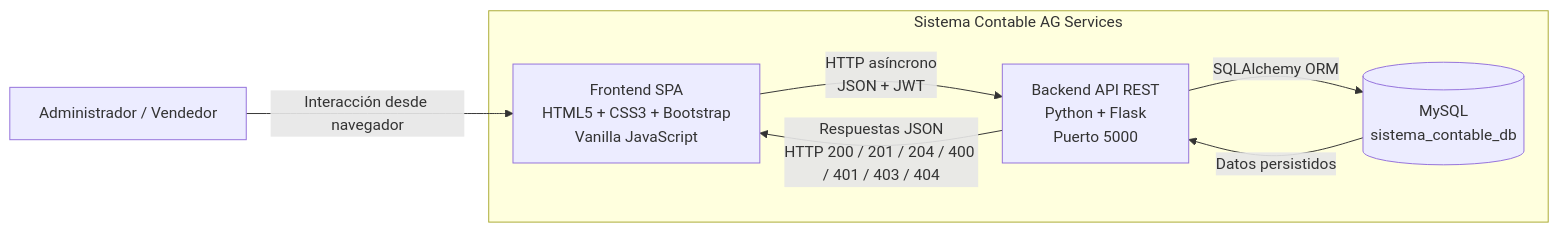
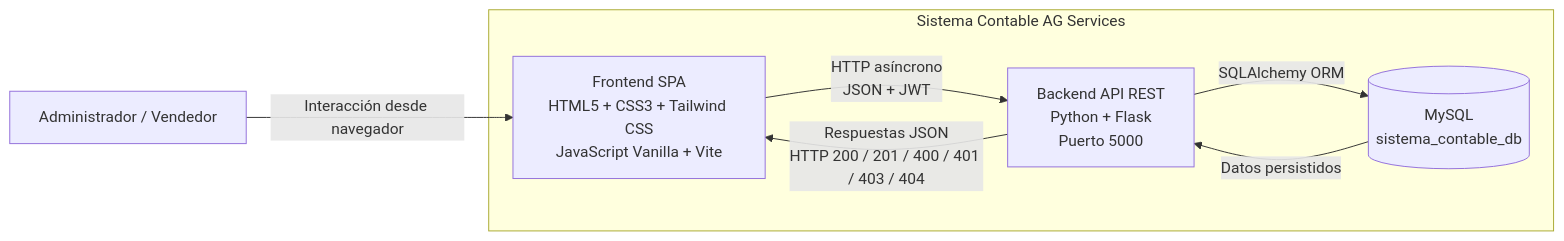
The diagram in documentacion/diagramas/02-c4-contenedores.mmd (jeinzanderson-lang/proyecto-finanzas), drawn with Mermaid before and after one commit. The commit also changed 16 other files, not shown here.

```diff
--- a/documentacion/diagramas/02-c4-contenedores.mmd
+++ b/documentacion/diagramas/02-c4-contenedores.mmd
@@ -1,18 +1,14 @@
 flowchart LR
     USER["Administrador / Vendedor"]
 
     subgraph SC["Sistema Contable AG Services"]
-        FRONT["Frontend SPA<br/>HTML5 + CSS3 + Bootstrap<br/>Vanilla JavaScript"]
+        FRONT["Frontend SPA<br/>HTML5 + CSS3 + Tailwind CSS<br/>JavaScript Vanilla + Vite"]
         API["Backend API REST<br/>Python + Flask<br/>Puerto 5000"]
         DB[("MySQL<br/>sistema_contable_db")]
     end
 
     USER -->|"Interacción desde navegador"| FRONT
-
     FRONT -->|"HTTP asíncrono<br/>JSON + JWT"| API
-
     API -->|"SQLAlchemy ORM"| DB
-
     DB -->|"Datos persistidos"| API
-
-    API -->|"Respuestas JSON<br/>HTTP 200 / 201 / 204 / 400 / 401 / 403 / 404"| FRONT
+    API -->|"Respuestas JSON<br/>HTTP 200 / 201 / 400 / 401 / 403 / 404"| FRONT
```
